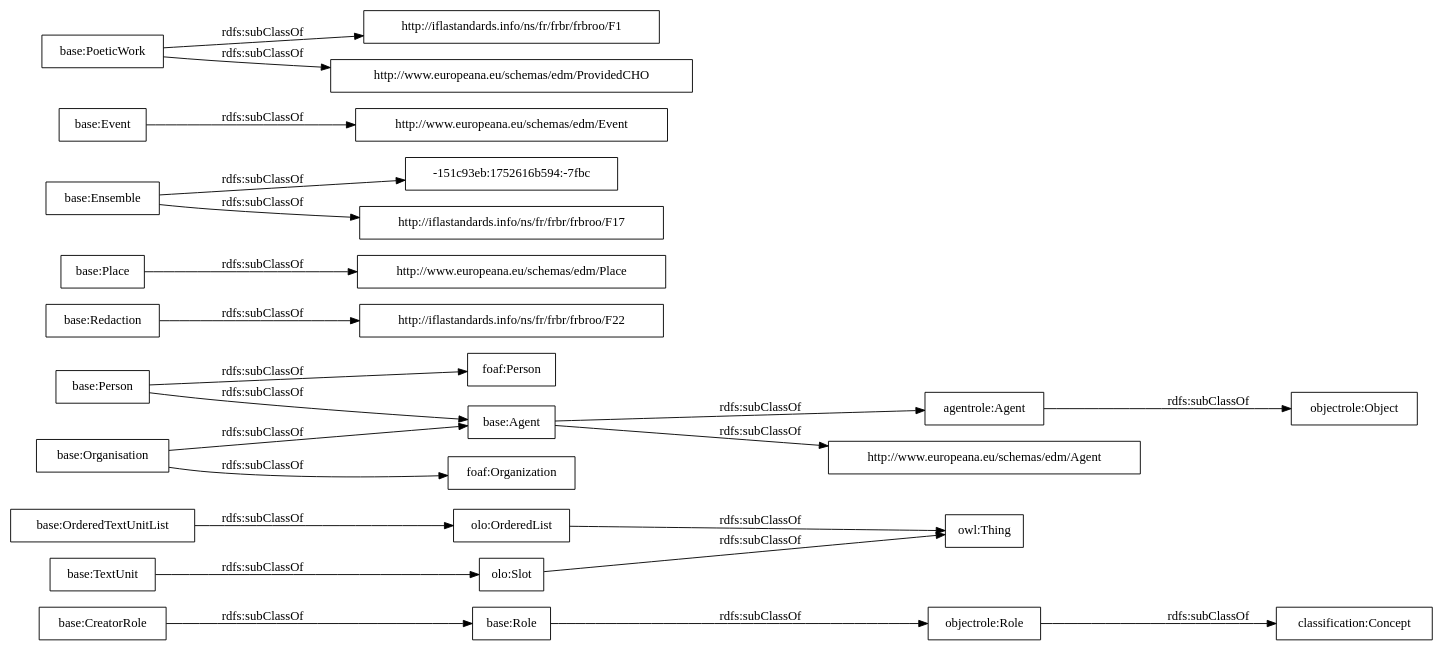
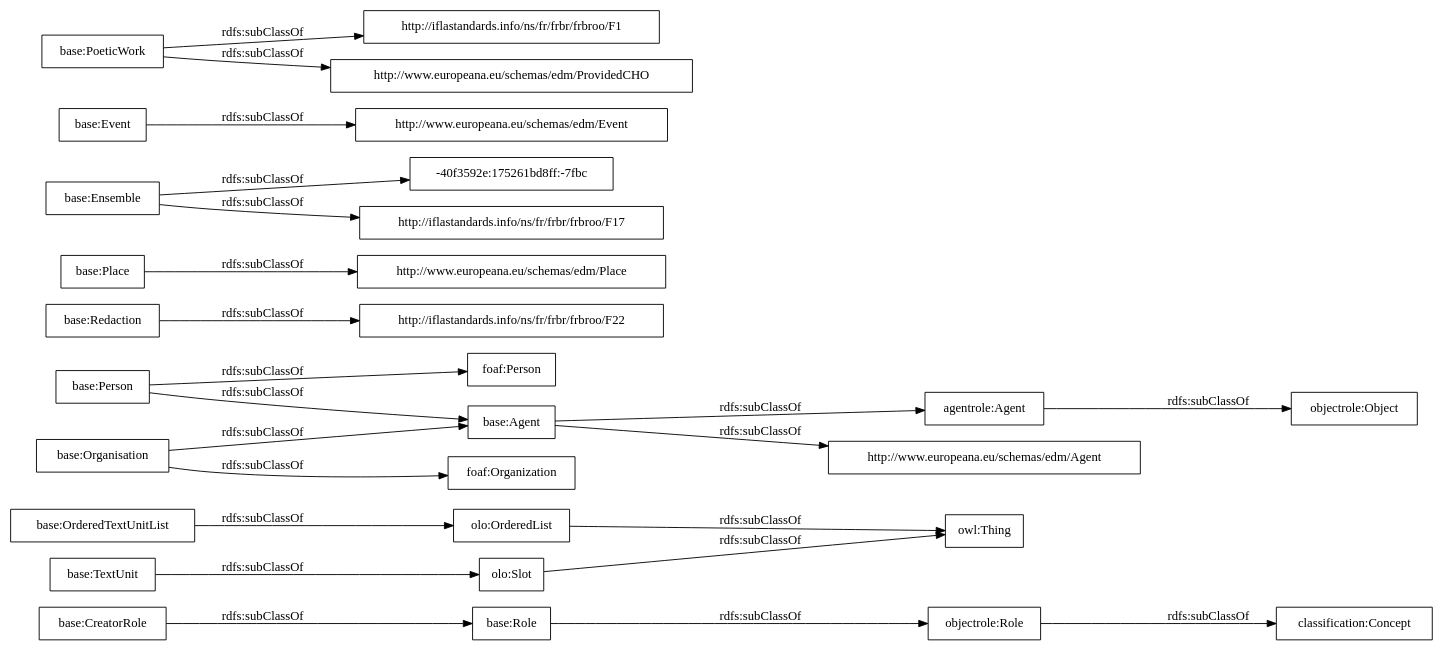
One commit to OnToologyUser/core-ontology-1 changed the diagram in OnToology/postdata-core.owl/diagrams/ar2dtool-taxonomy/postdata-core.owl.png.dot. Above: the diagram before and after it, drawn with Graphviz. The commit also changed 14 other files, not shown here.

```diff
--- a/OnToology/postdata-core.owl/diagrams/ar2dtool-taxonomy/postdata-core.owl.png.dot
+++ b/OnToology/postdata-core.owl/diagrams/ar2dtool-taxonomy/postdata-core.owl.png.dot
@@ -1,27 +1,27 @@
 digraph ar2dtool_diagram { 
 rankdir=LR;
 size="1000"
-node [shape = rectangle, color="black"]; "base:Role" "base:OrderedTextUnitList" "agentrole:Agent" "http://iflastandards.info/ns/fr/frbr/frbroo/F22" "http://www.europeana.eu/schemas/edm/Agent" "base:Agent" "base:CreatorRole" "base:Person" "base:Organisation" "http://www.europeana.eu/schemas/edm/Place" "base:Redaction" "base:Ensemble" "foaf:Person" "http://www.europeana.eu/schemas/edm/Event" "base:TextUnit" "http://iflastandards.info/ns/fr/frbr/frbroo/F1" "foaf:Organization" "http://www.europeana.eu/schemas/edm/ProvidedCHO" "base:Place" "base:Event" "-151c93eb:1752616b594:-7fbc" "base:PoeticWork" "http://iflastandards.info/ns/fr/frbr/frbroo/F17" "owl:Thing" "objectrole:Role" "objectrole:Object" "olo:Slot" "olo:OrderedList" "classification:Concept" ; /*classes style*/
+node [shape = rectangle, color="black"]; "base:Role" "base:OrderedTextUnitList" "agentrole:Agent" "http://iflastandards.info/ns/fr/frbr/frbroo/F22" "http://www.europeana.eu/schemas/edm/Agent" "base:Agent" "base:CreatorRole" "base:Person" "base:Organisation" "http://www.europeana.eu/schemas/edm/Place" "base:Redaction" "base:Ensemble" "foaf:Person" "http://www.europeana.eu/schemas/edm/Event" "base:TextUnit" "http://iflastandards.info/ns/fr/frbr/frbroo/F1" "foaf:Organization" "http://www.europeana.eu/schemas/edm/ProvidedCHO" "base:Place" "base:Event" "-40f3592e:175261bd8ff:-7fbc" "base:PoeticWork" "http://iflastandards.info/ns/fr/frbr/frbroo/F17" "owl:Thing" "objectrole:Role" "objectrole:Object" "olo:Slot" "olo:OrderedList" "classification:Concept" ; /*classes style*/
 	"base:Redaction" -> "http://iflastandards.info/ns/fr/frbr/frbroo/F22" [ label = "rdfs:subClassOf" ];
 	"base:Role" -> "objectrole:Role" [ label = "rdfs:subClassOf" ];
 	"base:Event" -> "http://www.europeana.eu/schemas/edm/Event" [ label = "rdfs:subClassOf" ];
 	"base:Person" -> "foaf:Person" [ label = "rdfs:subClassOf" ];
 	"base:Person" -> "base:Agent" [ label = "rdfs:subClassOf" ];
 	"olo:OrderedList" -> "owl:Thing" [ label = "rdfs:subClassOf" ];
 	"olo:Slot" -> "owl:Thing" [ label = "rdfs:subClassOf" ];
 	"base:PoeticWork" -> "http://www.europeana.eu/schemas/edm/ProvidedCHO" [ label = "rdfs:subClassOf" ];
 	"base:PoeticWork" -> "http://iflastandards.info/ns/fr/frbr/frbroo/F1" [ label = "rdfs:subClassOf" ];
 	"base:TextUnit" -> "olo:Slot" [ label = "rdfs:subClassOf" ];
 	"agentrole:Agent" -> "objectrole:Object" [ label = "rdfs:subClassOf" ];
-	"base:Ensemble" -> "-151c93eb:1752616b594:-7fbc" [ label = "rdfs:subClassOf" ];
+	"base:Ensemble" -> "-40f3592e:175261bd8ff:-7fbc" [ label = "rdfs:subClassOf" ];
 	"base:Ensemble" -> "http://iflastandards.info/ns/fr/frbr/frbroo/F17" [ label = "rdfs:subClassOf" ];
 	"base:OrderedTextUnitList" -> "olo:OrderedList" [ label = "rdfs:subClassOf" ];
 	"base:Agent" -> "agentrole:Agent" [ label = "rdfs:subClassOf" ];
 	"base:Agent" -> "http://www.europeana.eu/schemas/edm/Agent" [ label = "rdfs:subClassOf" ];
 	"objectrole:Role" -> "classification:Concept" [ label = "rdfs:subClassOf" ];
 	"base:Place" -> "http://www.europeana.eu/schemas/edm/Place" [ label = "rdfs:subClassOf" ];
 	"base:Organisation" -> "foaf:Organization" [ label = "rdfs:subClassOf" ];
 	"base:Organisation" -> "base:Agent" [ label = "rdfs:subClassOf" ];
 	"base:CreatorRole" -> "base:Role" [ label = "rdfs:subClassOf" ];
 
 }
```
